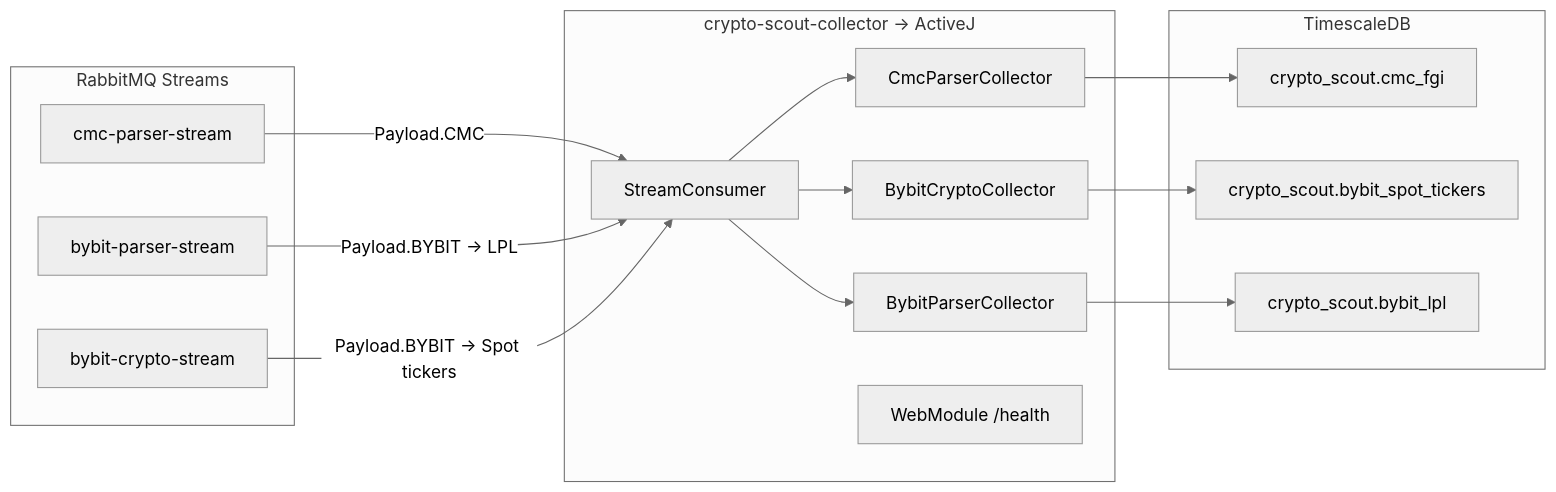
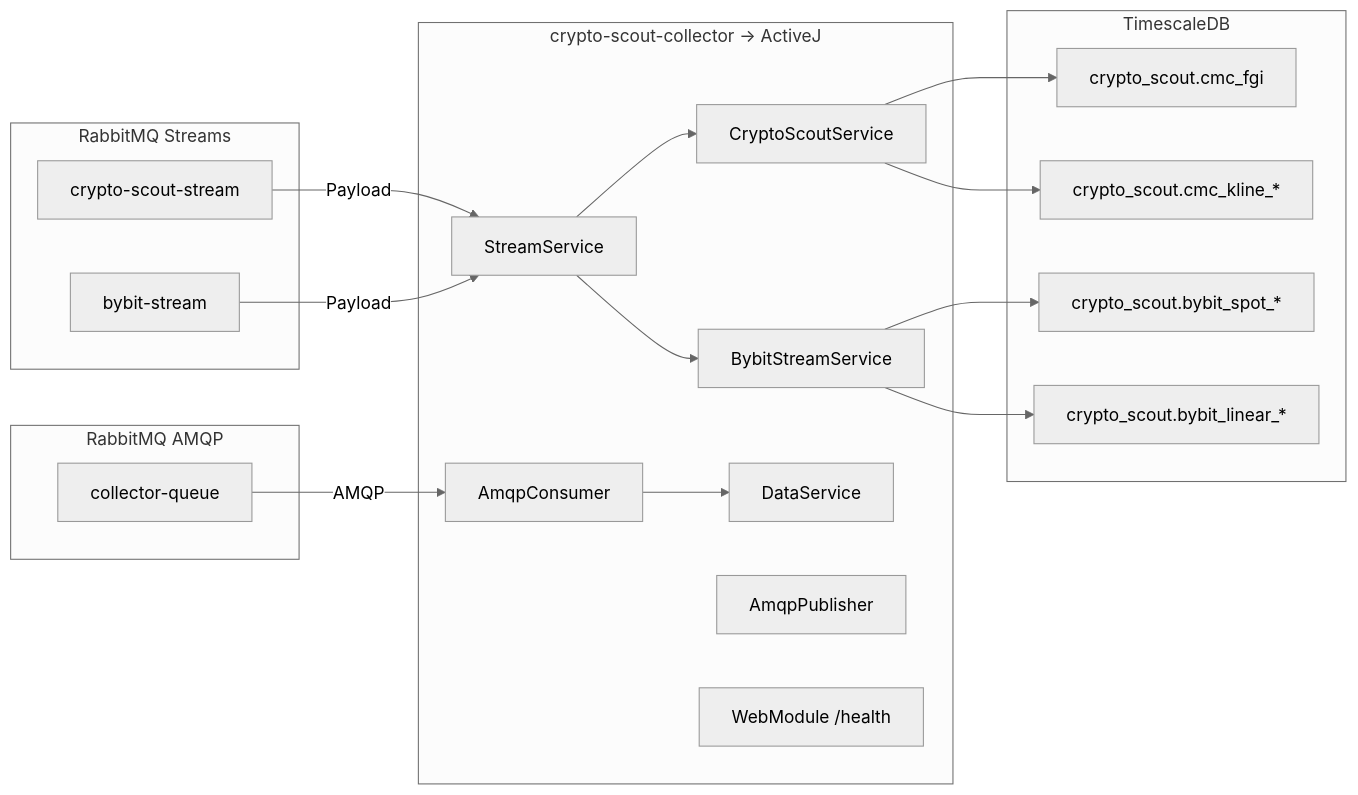
Before and after one commit to akarazhev/crypto-scout-collector: the diagram in README.md, drawn with Mermaid (neutral theme). The commit also changed other lines of this file and 1 other file, not shown here.

````diff
--- a/README.md
+++ b/README.md
@@ -24,26 +24,32 @@
 ```mermaid
 flowchart LR
     subgraph RabbitMQ[ RabbitMQ Streams ]
-        S1[cmc-parser-stream]
-        S2[bybit-parser-stream]
-        S3[bybit-crypto-stream]
+        S1[crypto-scout-stream]
+        S2[bybit-stream]
+    end
+
+    subgraph AMQP[ RabbitMQ AMQP ]
+        Q1[collector-queue]
     end
 
     subgraph App[crypto-scout-collector -> ActiveJ]
-        A1[StreamConsumer]
-        A2[CmcParserCollector]
-        A3[BybitParserCollector]
-        A4[BybitCryptoCollector]
+        SS[StreamService]
+        BS[BybitStreamService]
+        CS[CryptoScoutService]
+        DS[DataService]
+        AC[AmqpConsumer]
+        AP[AmqpPublisher]
         W[WebModule /health]
     end
 
     subgraph DB[TimescaleDB]
         T1[crypto_scout.cmc_fgi]
-        T2[crypto_scout.bybit_spot_tickers]
-        T3[crypto_scout.bybit_lpl]
+        T2[crypto_scout.bybit_spot_*]
+        T3[crypto_scout.bybit_linear_*]
+        T4[crypto_scout.cmc_kline_*]
     end
 
-    S1 -->|Payload.CMC| A1 --> A2 --> T1
-    S2 -->|Payload.BYBIT -> LPL| A1 --> A3 --> T3
-    S3 -->|Payload.BYBIT -> Spot tickers| A1 --> A4 --> T2
+    S1 -->|Payload| SS --> CS --> T1 & T4
+    S2 -->|Payload| SS --> BS --> T2 & T3
+    Q1 -->|AMQP| AC --> DS
 ```
````
